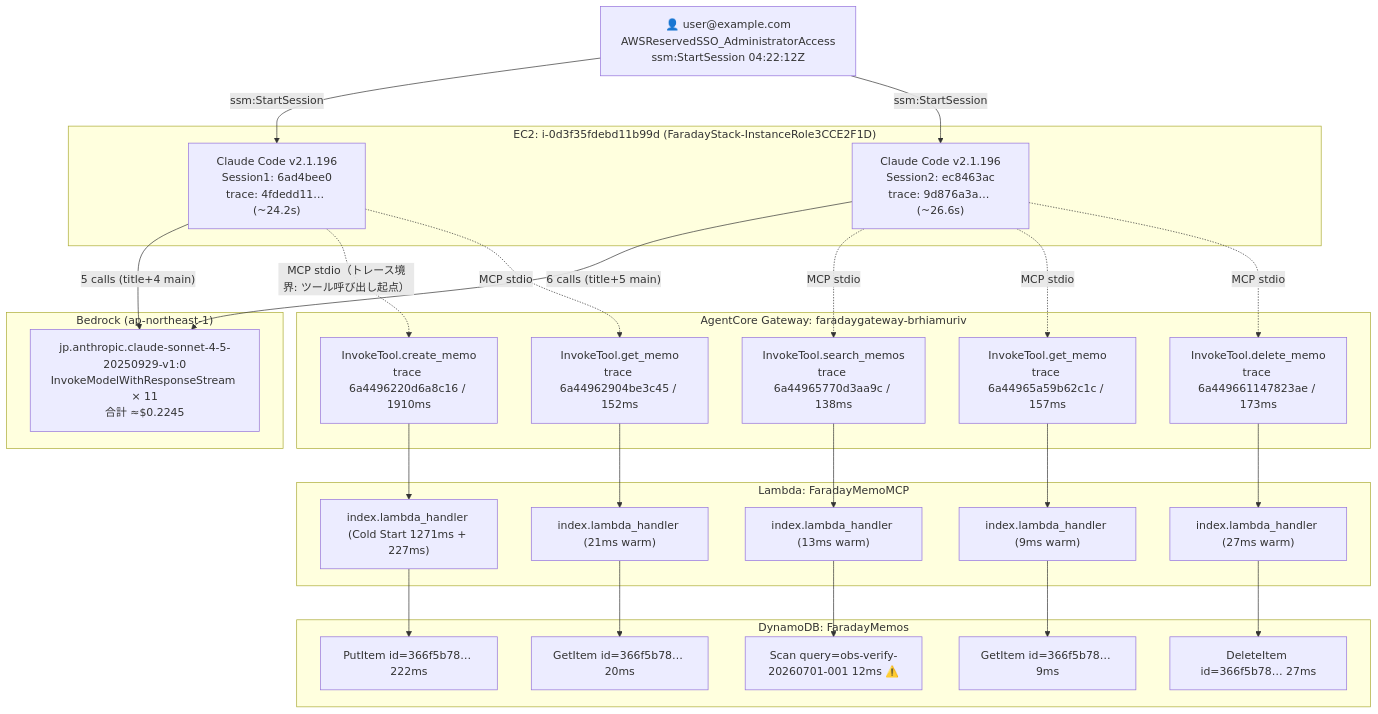
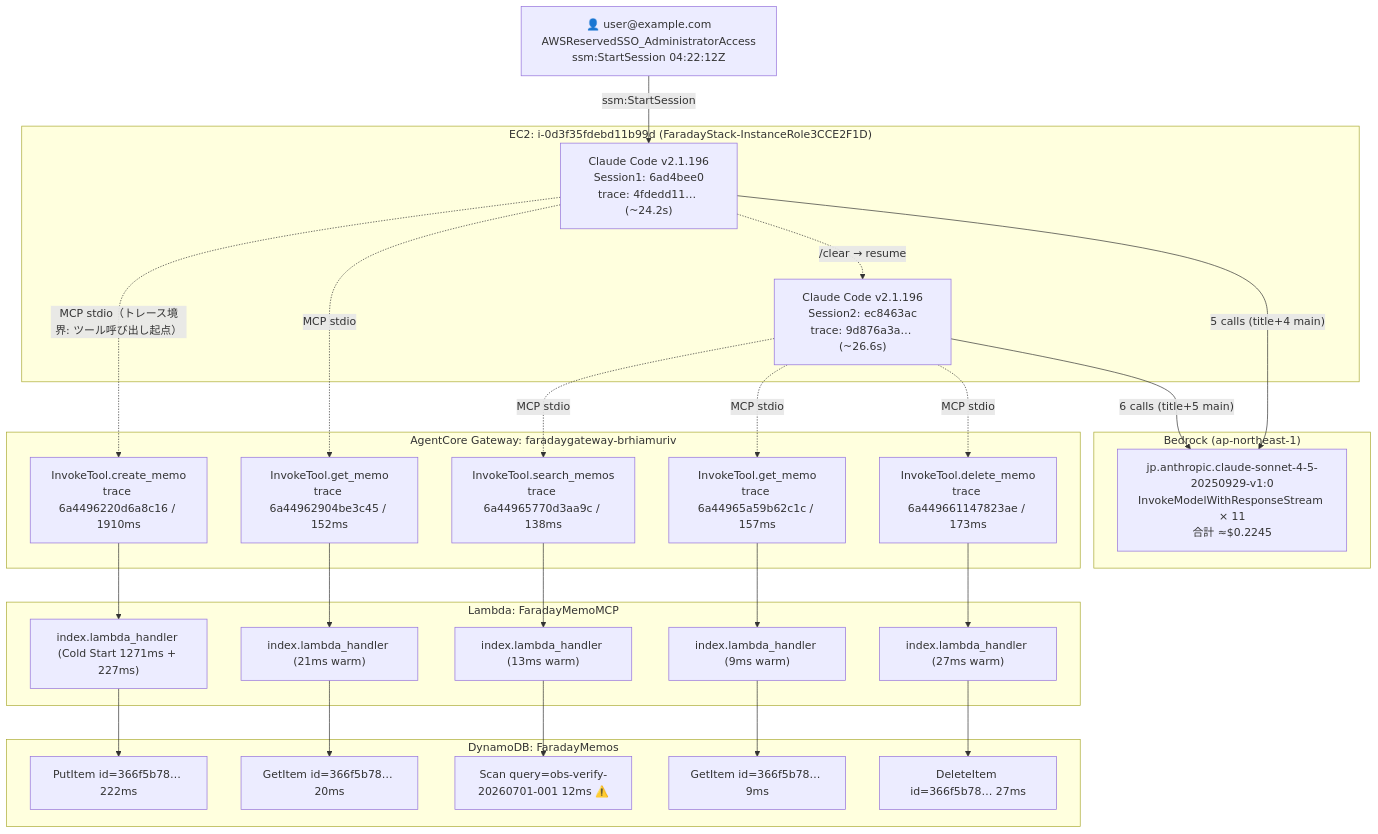
The diagram in investigations/report-akio-ltzhoupvjbr9687j26ktcqxqgq.md (mahitotsu/faraday), drawn with Mermaid before and after one commit.

Commit message:
Fix Mermaid diagram to reflect single SSM session with /clear transition
CC2 was started within the same SSM session via /clear + resume,
not a separate ssm:StartSession. Replace User→CC2 arrow with
CC1 -.-> CC2 ("/clear → resume") to match actual trace.

````diff
--- a/investigations/report-akio-ltzhoupvjbr9687j26ktcqxqgq.md
+++ b/investigations/report-akio-ltzhoupvjbr9687j26ktcqxqgq.md
@@ -185,53 +185,53 @@
 ```mermaid
 graph TD
     User["👤 user@example.com<br/>AWSReservedSSO_AdministratorAccess<br/>ssm:StartSession 04:22:12Z"]
 
     subgraph EC2["EC2: i-0d3f35fdebd11b99d (FaradayStack-InstanceRole3CCE2F1D)"]
         CC1["Claude Code v2.1.196<br/>Session1: 6ad4bee0<br/>trace: 4fdedd11… (~24.2s)"]
         CC2["Claude Code v2.1.196<br/>Session2: ec8463ac<br/>trace: 9d876a3a… (~26.6s)"]
     end
 
     subgraph BedrockSvc["Bedrock (ap-northeast-1)"]
         BR["jp.anthropic.claude-sonnet-4-5-20250929-v1:0<br/>InvokeModelWithResponseStream × 11<br/>合計 ≈$0.2245"]
     end
 
     subgraph Gateway["AgentCore Gateway: faradaygateway-brhiamuriv"]
         GW1["InvokeTool.create_memo<br/>trace 6a4496220d6a8c16 / 1910ms"]
         GW2["InvokeTool.get_memo<br/>trace 6a44962904be3c45 / 152ms"]
         GW3["InvokeTool.search_memos<br/>trace 6a44965770d3aa9c / 138ms"]
         GW4["InvokeTool.get_memo<br/>trace 6a44965a59b62c1c / 157ms"]
         GW5["InvokeTool.delete_memo<br/>trace 6a449661147823ae / 173ms"]
     end
 
     subgraph LambdaSvc["Lambda: FaradayMemoMCP"]
         LH1["index.lambda_handler (Cold Start 1271ms + 227ms)"]
         LH2["index.lambda_handler (21ms warm)"]
         LH3["index.lambda_handler (13ms warm)"]
         LH4["index.lambda_handler (9ms warm)"]
         LH5["index.lambda_handler (27ms warm)"]
     end
 
     subgraph DynamoDBSvc["DynamoDB: FaradayMemos"]
         DDB1["PutItem id=366f5b78… 222ms"]
         DDB2["GetItem id=366f5b78… 20ms"]
         DDB3["Scan query=obs-verify-20260701-001 12ms ⚠️"]
         DDB4["GetItem id=366f5b78… 9ms"]
         DDB5["DeleteItem id=366f5b78… 27ms"]
     end
 
     User -->|"ssm:StartSession"| CC1
-    User -->|"ssm:StartSession"| CC2
+    CC1 -.->|"/clear → resume"| CC2
     CC1 -->|"5 calls (title+4 main)"| BR
     CC2 -->|"6 calls (title+5 main)"| BR
     CC1 -.->|"MCP stdio（トレース境界: ツール呼び出し起点）"| GW1
     CC1 -.->|"MCP stdio"| GW2
     CC2 -.->|"MCP stdio"| GW3
     CC2 -.->|"MCP stdio"| GW4
     CC2 -.->|"MCP stdio"| GW5
 
     GW1 --> LH1 --> DDB1
     GW2 --> LH2 --> DDB2
     GW3 --> LH3 --> DDB3
     GW4 --> LH4 --> DDB4
     GW5 --> LH5 --> DDB5
 ```
````
